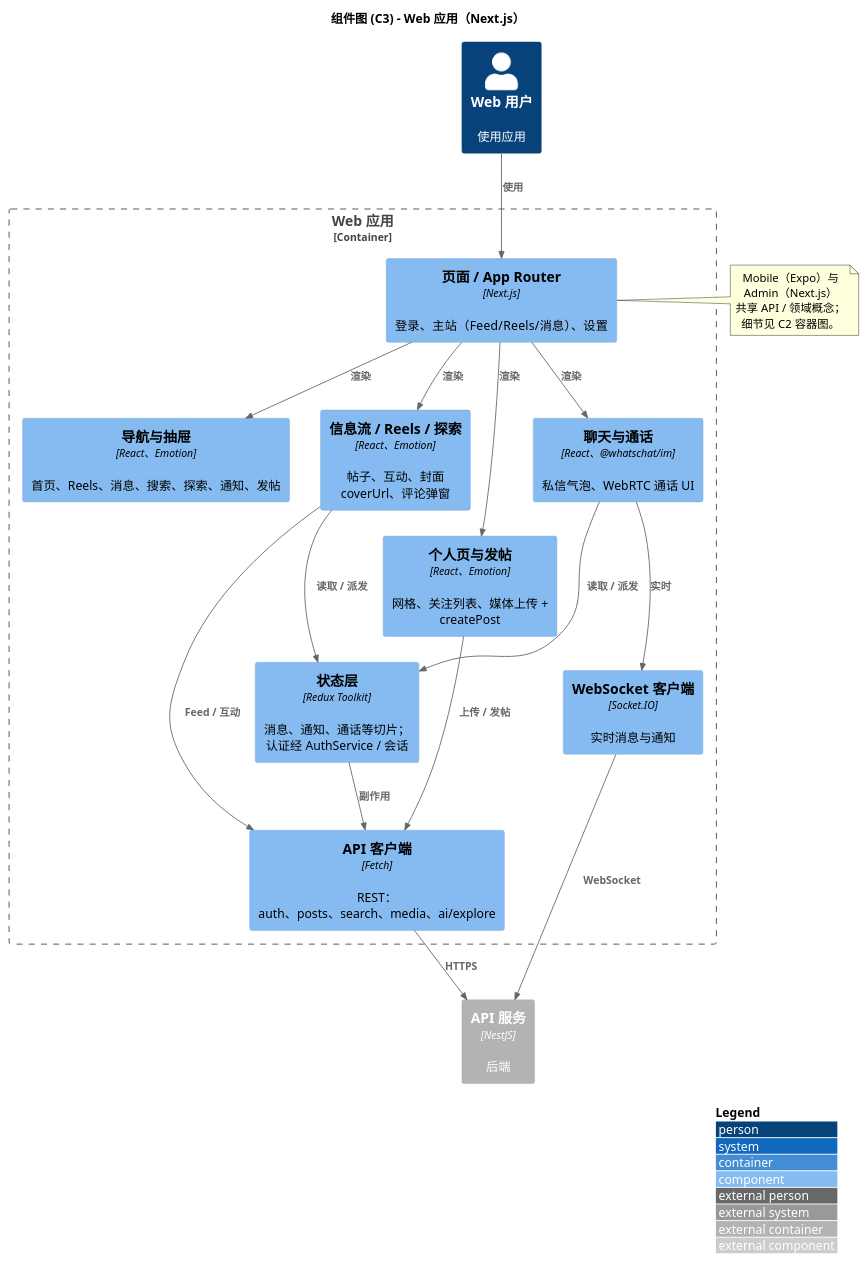
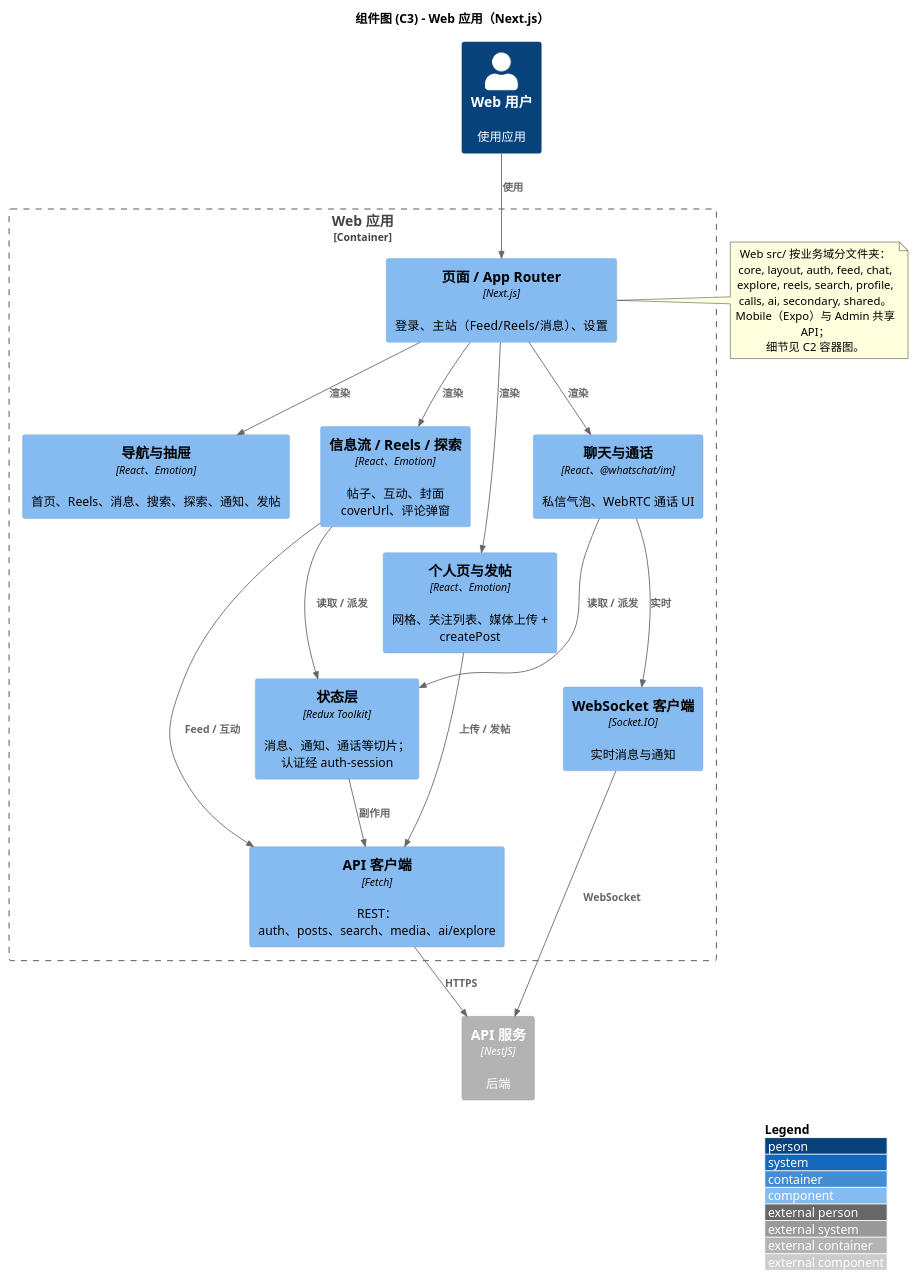
The diagram in docs/developer/c4-model/C3-Component-Frontend.puml (felixzhu97/explore-chat), drawn with PlantUML before and after one commit. The commit also changed 368 other files, not shown here.

```diff
--- a/docs/developer/c4-model/C3-Component-Frontend.puml
+++ b/docs/developer/c4-model/C3-Component-Frontend.puml
@@ -1,42 +1,45 @@
 @startuml C3-Component-Frontend
 !include https://raw.githubusercontent.com/plantuml-stdlib/C4-PlantUML/master/C4_Component.puml
 
 LAYOUT_WITH_LEGEND()
 
 title 组件图 (C3) - Web 应用（Next.js）
 
 Container_Boundary(web_app, "Web 应用") {
   Component(pages, "页面 / App Router", "Next.js", "登录、主站（Feed/Reels/消息）、设置")
   Component(nav_ui, "导航与抽屉", "React、Emotion", "首页、Reels、消息、搜索、探索、通知、发帖")
   Component(feed_ui, "信息流 / Reels / 探索", "React、Emotion", "帖子、互动、封面 coverUrl、评论弹窗")
   Component(chat_ui, "聊天与通话", "React、@whatschat/im", "私信气泡、WebRTC 通话 UI")
   Component(profile_ui, "个人页与发帖", "React、Emotion", "网格、关注列表、媒体上传 + createPost")
-  Component(state, "状态层", "Redux Toolkit", "消息、通知、通话等切片；认证经 AuthService / 会话")
+  Component(state, "状态层", "Redux Toolkit", "消息、通知、通话等切片；认证经 auth-session")
   Component(api_client, "API 客户端", "Fetch", "REST：auth、posts、search、media、ai/explore")
   Component(ws_client, "WebSocket 客户端", "Socket.IO", "实时消息与通知")
 }
 
 Container_Ext(api_server, "API 服务", "NestJS", "后端")
 Person(user, "Web 用户", "使用应用")
 
 Rel(user, pages, "使用")
 Rel(pages, nav_ui, "渲染")
 Rel(pages, feed_ui, "渲染")
 Rel(pages, chat_ui, "渲染")
 Rel(pages, profile_ui, "渲染")
 Rel(feed_ui, state, "读取 / 派发")
 Rel(chat_ui, state, "读取 / 派发")
 Rel(profile_ui, api_client, "上传 / 发帖")
 Rel(feed_ui, api_client, "Feed / 互动")
 Rel(chat_ui, ws_client, "实时")
 Rel(state, api_client, "副作用")
 Rel(api_client, api_server, "HTTPS")
 Rel(ws_client, api_server, "WebSocket")
 
 note right of pages
-  Mobile（Expo）与 Admin（Next.js）
-  共享 API / 领域概念；
+  Web src/ 按业务域分文件夹：
+  core, layout, auth, feed, chat,
+  explore, reels, search, profile,
+  calls, ai, secondary, shared。
+  Mobile（Expo）与 Admin 共享 API；
   细节见 C2 容器图。
 end note
 
 @enduml
```
